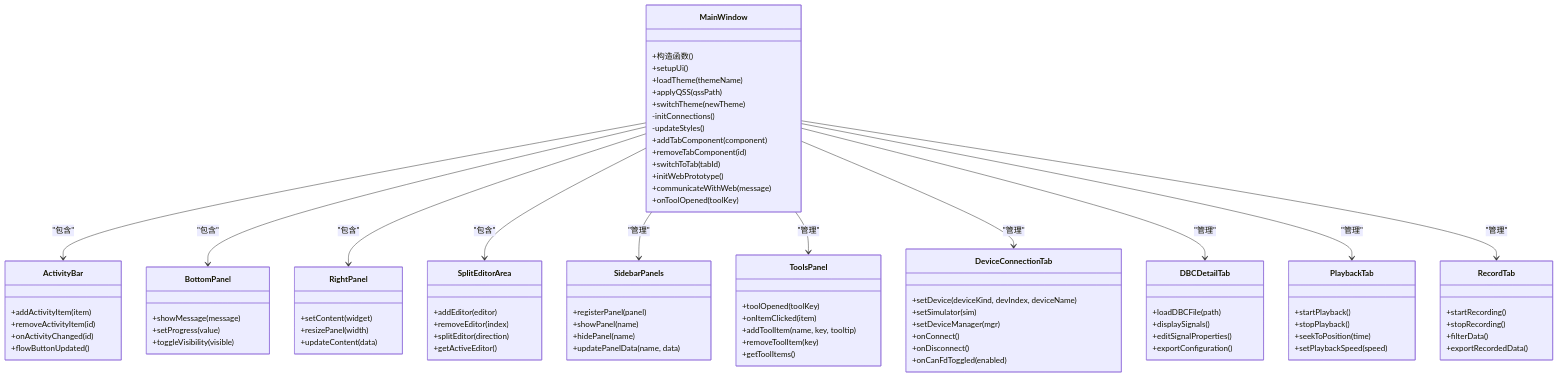
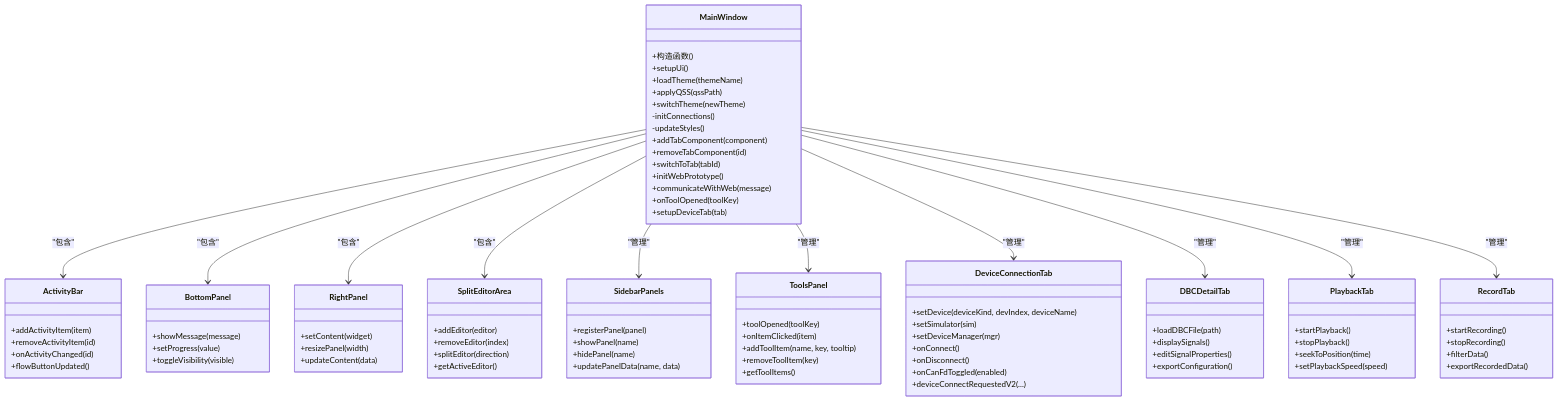
Before and after one commit to jakecai1225-design/OpenBus: the fourth of 25 diagrams in .qoder/repowiki/zh/content/架构设计/UI系统设计/UI系统设计.md, drawn with Mermaid. The commit also changed other lines of this file and 27 other files, not shown here.

```diff
--- a/.qoder/repowiki/zh/content/架构设计/UI系统设计/UI系统设计.md
+++ b/.qoder/repowiki/zh/content/架构设计/UI系统设计/UI系统设计.md
@@ -352,6 +369,7 @@
 +initWebPrototype()
 +communicateWithWeb(message)
 +onToolOpened(toolKey)
++setupDeviceTab(tab)
 }
 class ActivityBar {
 +addActivityItem(item)
@@ -395,6 +413,7 @@
 +onConnect()
 +onDisconnect()
 +onCanFdToggled(enabled)
++deviceConnectRequestedV2(...)
 }
 class DBCDetailTab {
 +loadDBCFile(path)
```
